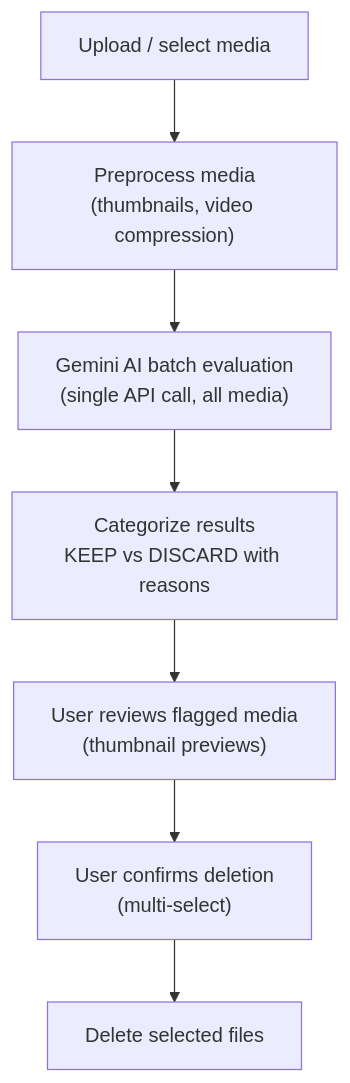
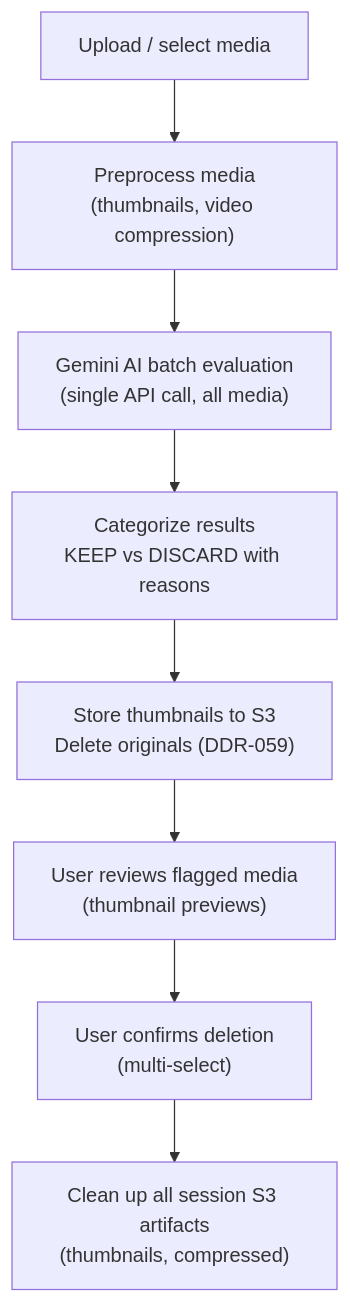
The first of 2 diagrams in docs/media-triage.md (francis-pang/ai-social-media-helper), drawn with Mermaid before and after one commit. The commit also changed other lines of this file and 5 other files, not shown here.

First line of the commit message:
feat(triage): early S3 cleanup — store thumbnails, delete originals after triage-run (DDR-059)

````diff
--- a/docs/media-triage.md
+++ b/docs/media-triage.md
@@ -13,12 +13,13 @@
 ```mermaid
 flowchart TD
     Upload["Upload / select media"]
     Preprocess["Preprocess media\n(thumbnails, video compression)"]
     Gemini["Gemini AI batch evaluation\n(single API call, all media)"]
     Categorize["Categorize results\nKEEP vs DISCARD with reasons"]
+    StoreThumbs["Store thumbnails to S3\nDelete originals (DDR-059)"]
     Review["User reviews flagged media\n(thumbnail previews)"]
     Confirm["User confirms deletion\n(multi-select)"]
-    Delete["Delete selected files"]
+    Cleanup["Clean up all session S3 artifacts\n(thumbnails, compressed)"]
 
-    Upload --> Preprocess --> Gemini --> Categorize --> Review --> Confirm --> Delete
+    Upload --> Preprocess --> Gemini --> Categorize --> StoreThumbs --> Review --> Confirm --> Cleanup
 ```
````
